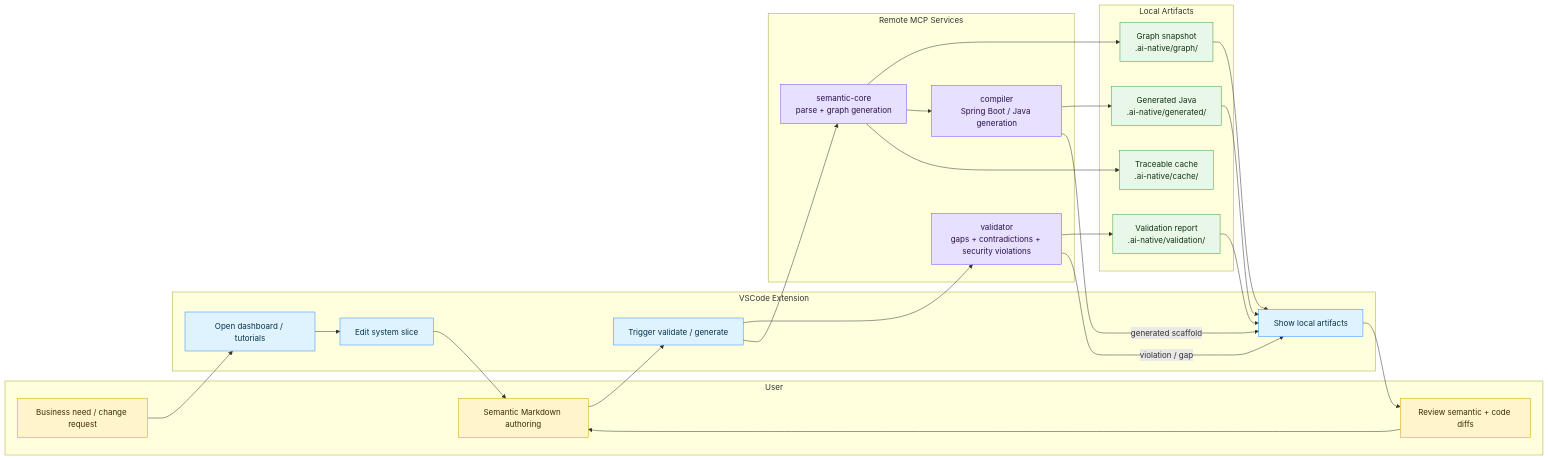
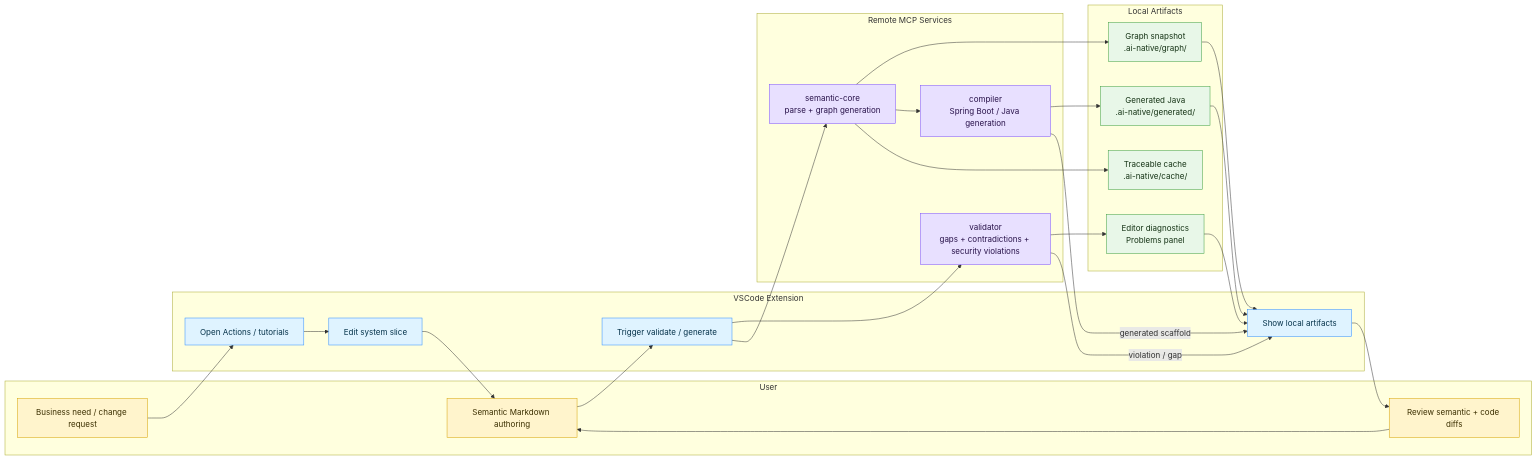
The diagram in README.md (edeori/AI-Native-Language), drawn with Mermaid before and after one commit. The commit also changed other lines of this file and 60 other files, not shown here.

Commit message:
plugin + mcp server fix + graph generation

````diff
--- a/README.md
+++ b/README.md
@@ -48,54 +48,54 @@
 ```mermaid
 flowchart LR
   %% ===== Styles =====
   classDef user fill:#FFF4CC,stroke:#D6A100,color:#3B2F00,stroke-width:1px;
   classDef editor fill:#DFF3FF,stroke:#2D8CFF,color:#05324A,stroke-width:1px;
   classDef mcp fill:#E8E0FF,stroke:#7A4DFF,color:#28124A,stroke-width:1px;
   classDef artifact fill:#E8F7E8,stroke:#3C9D40,color:#153315,stroke-width:1px;
   classDef feedback fill:#FFE5E5,stroke:#D64545,color:#4A1111,stroke-width:1px;
 
   subgraph U["User"]
     U1[Business need / change request]:::user
     U2[Semantic Markdown authoring]:::user
     U3[Review semantic + code diffs]:::user
   end
 
   subgraph V["VSCode Extension"]
-    V1[Open dashboard / tutorials]:::editor
+    V1[Open Actions / tutorials]:::editor
     V2[Edit system slice]:::editor
     V3[Trigger validate / generate]:::editor
     V4[Show local artifacts]:::editor
   end
 
   subgraph M["Remote MCP Services"]
     M1[semantic-core<br/>parse + graph generation]:::mcp
     M2[validator<br/>gaps + contradictions + security violations]:::mcp
     M3[compiler<br/>Spring Boot / Java generation]:::mcp
   end
 
   subgraph A["Local Artifacts"]
-    A1[Validation report<br/>.ai-native/validation/]:::artifact
+    A1[Editor diagnostics<br/>Problems panel]:::artifact
     A2[Graph snapshot<br/>.ai-native/graph/]:::artifact
     A3[Generated Java<br/>.ai-native/generated/]:::artifact
     A4[Traceable cache<br/>.ai-native/cache/]:::artifact
   end
 
   U1 --> V1 --> V2
   V2 --> U2
   U2 --> V3
   V3 --> M2
   V3 --> M1
   M2 --> A1
   M1 --> A2
   M1 --> M3
   M3 --> A3
   M1 --> A4
   A1 --> V4
   A2 --> V4
   A3 --> V4
   V4 --> U3
   U3 --> U2
 
   M2 -->|violation / gap| V4
   M3 -->|generated scaffold| V4
 ```
````
